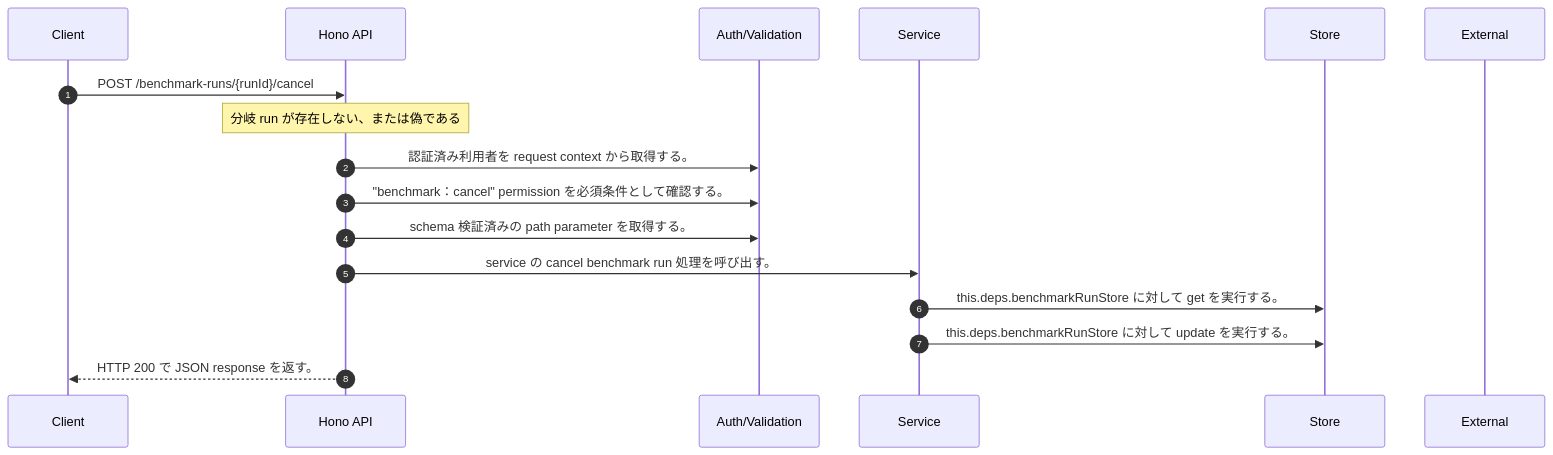
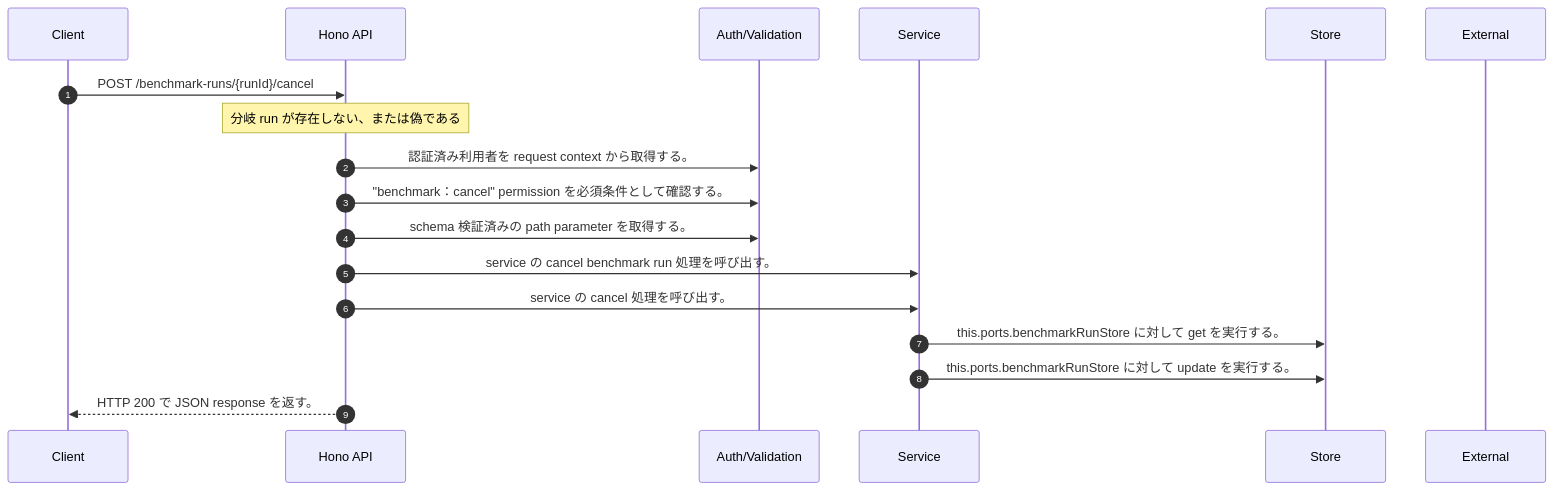
One commit to tsuji-tomonori/rag-assist changed the diagram in docs/generated/api-code/post-benchmark-runs-runid-cancel/sequence_gen.md. Above: the diagram before and after it, drawn with Mermaid. The commit also changed other lines of this file and 303 other files, not shown here.

First line of the commit message:
♻️ refactor(benchmark): run cancellation を narrow port へ分離

````diff
--- a/docs/generated/api-code/post-benchmark-runs-runid-cancel/sequence_gen.md
+++ b/docs/generated/api-code/post-benchmark-runs-runid-cancel/sequence_gen.md
@@ -7,19 +7,20 @@
 ```mermaid
 sequenceDiagram
   autonumber
   participant Client as Client
   participant API as Hono API
   participant Auth as Auth/Validation
   participant Service as Service
   participant Store as Store
   participant External as External
   Client->>API: POST /benchmark-runs/{runId}/cancel
   Note over API: 分岐 run が存在しない、または偽である
   API->>Auth: 認証済み利用者を request context から取得する。
   API->>Auth: "benchmark：cancel" permission を必須条件として確認する。
   API->>Auth: schema 検証済みの path parameter を取得する。
   API->>Service: service の cancel benchmark run 処理を呼び出す。
-  Service->>Store: this.deps.benchmarkRunStore に対して get を実行する。
-  Service->>Store: this.deps.benchmarkRunStore に対して update を実行する。
+  API->>Service: service の cancel 処理を呼び出す。
+  Service->>Store: this.ports.benchmarkRunStore に対して get を実行する。
+  Service->>Store: this.ports.benchmarkRunStore に対して update を実行する。
   API-->>Client: HTTP 200 で JSON response を返す。
 ```
````
